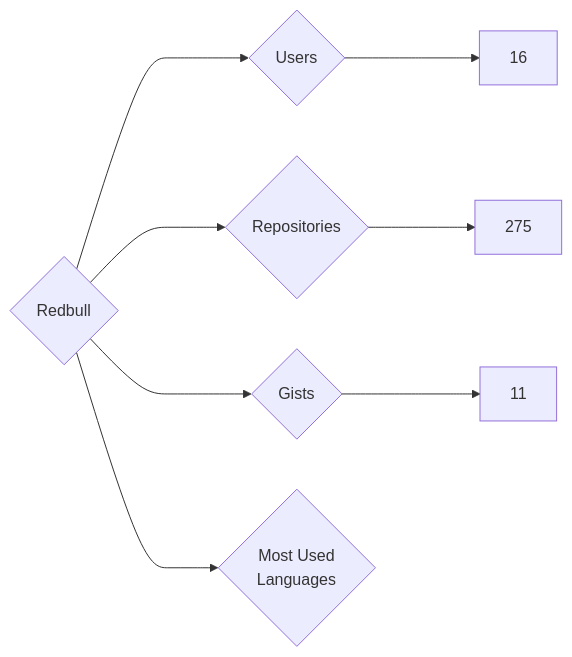
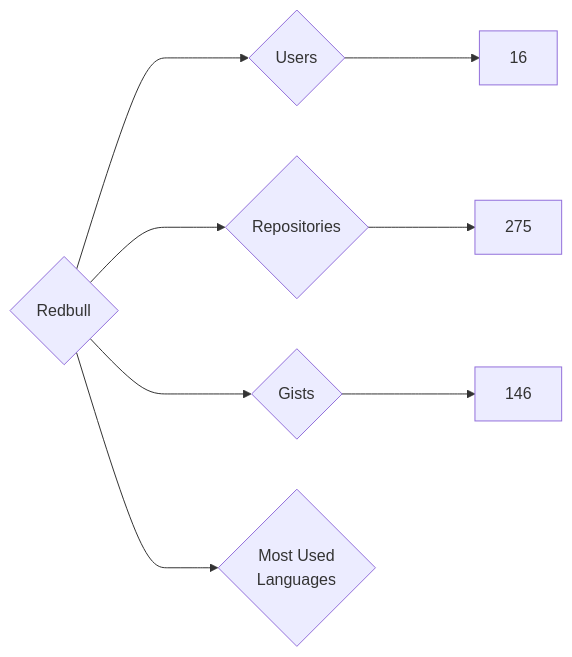
The diagram in targets/Redbull/README.md (nenadzaric/insiders), drawn with Mermaid before and after one commit. The commit also changed 1342 other files, not shown here.

````diff
--- a/targets/Redbull/README.md
+++ b/targets/Redbull/README.md
@@ -3,8 +3,8 @@
 ```mermaid
 graph LR
 COMPANY_NAME{Redbull}
 COMPANY_NAME ---> U{Users} ---> UN[16]
 COMPANY_NAME ---> R{Repositories} ---> RN[275]
-COMPANY_NAME ---> G{Gists} ---> GN[11]
+COMPANY_NAME ---> G{Gists} ---> GN[146]
 COMPANY_NAME ---> ML{Most Used<br>Languages}
 ```
````
